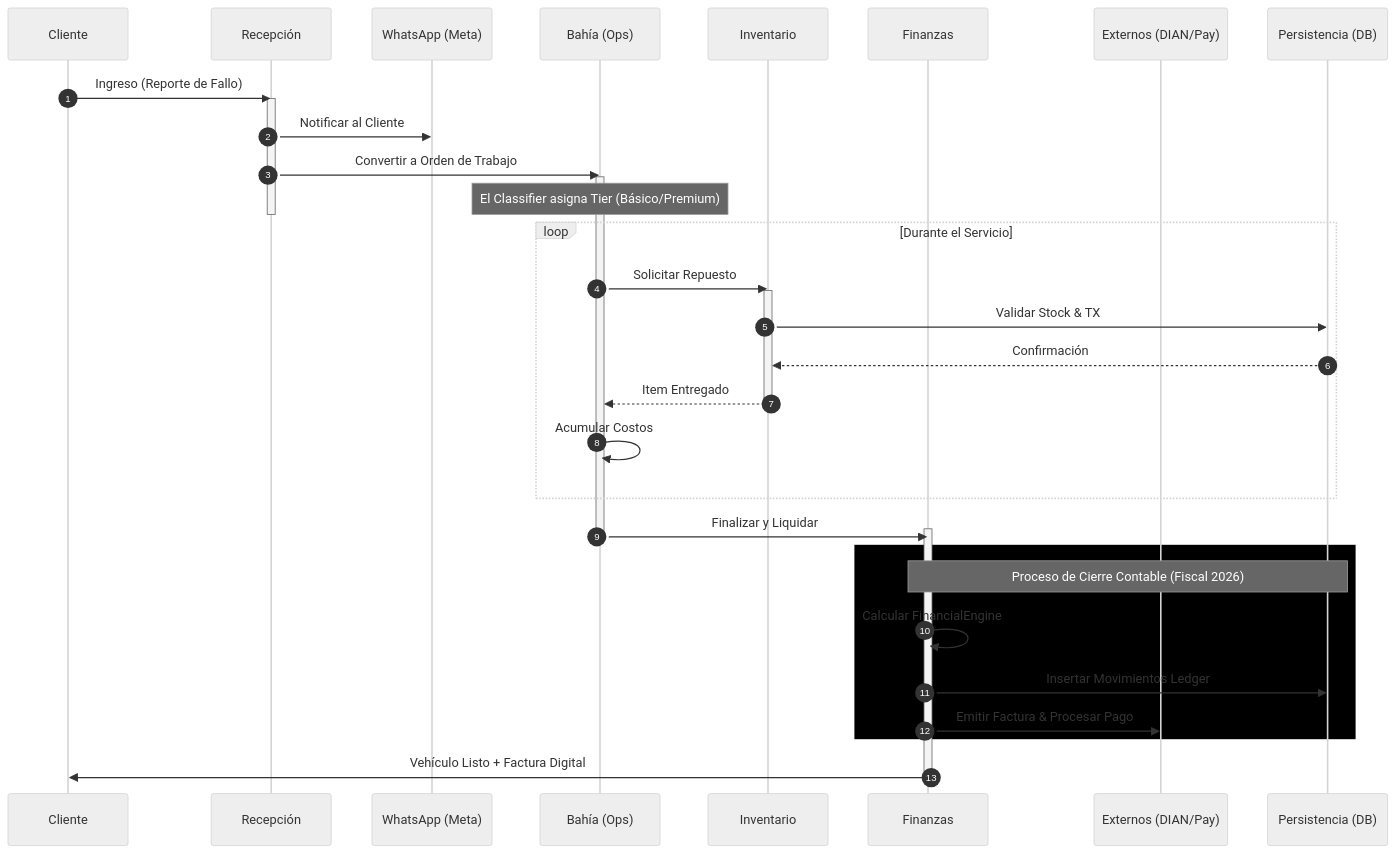
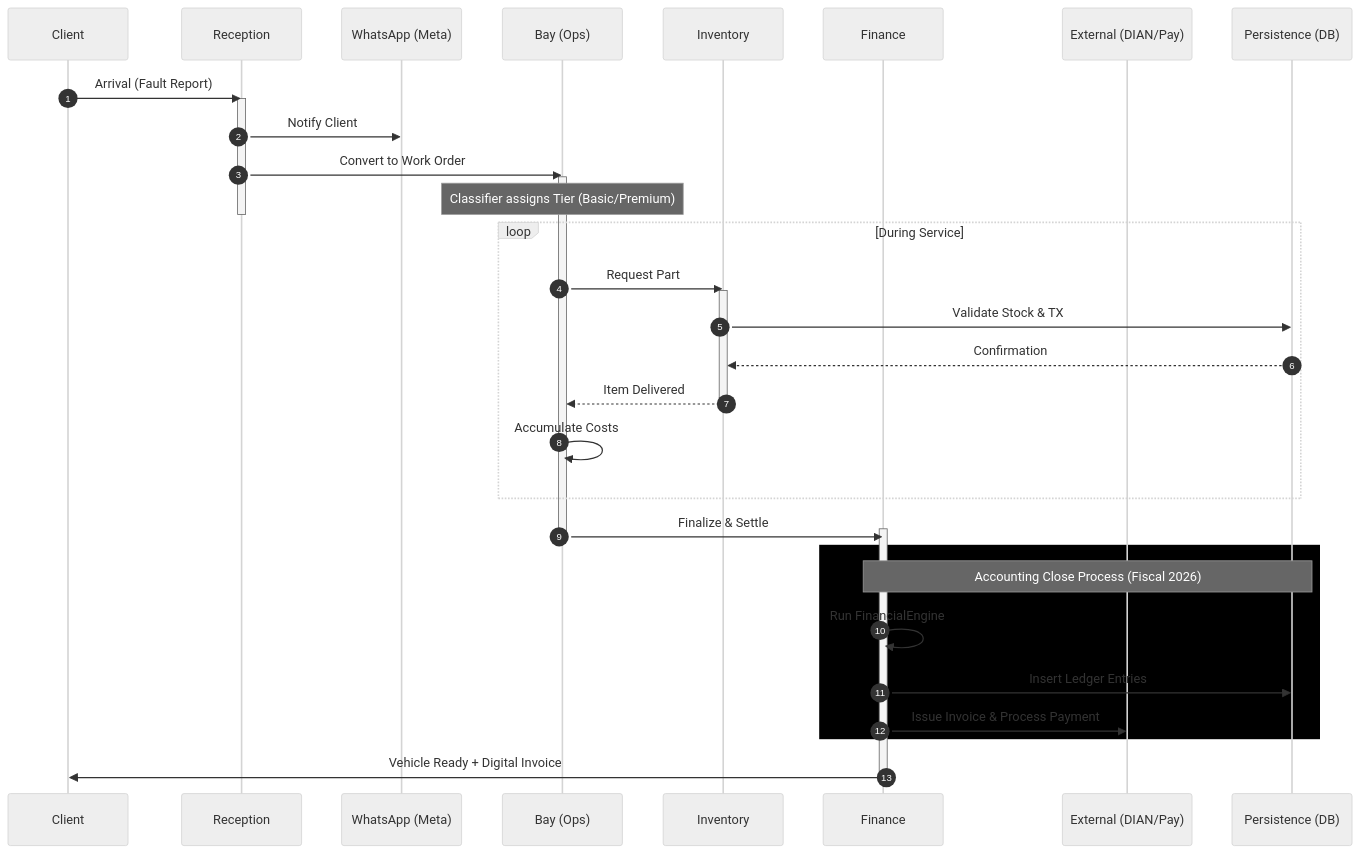
The second of 4 diagrams in README.md (brandonjimenez21/efiscoArchitecture), drawn with Mermaid (neutral theme) before and after one commit. The commit also changed other lines of this file, not shown here.

````diff
--- a/README.md
+++ b/README.md
@@ -80,44 +74,44 @@
 ```mermaid
 sequenceDiagram
     autonumber
-    participant C as Cliente
-    participant R as Recepción
+    participant C as Client
+    participant R as Reception
     participant WA as WhatsApp (Meta)
-    participant B as Bahía (Ops)
-    participant I as Inventario
-    participant F as Finanzas
-    participant EXT as Externos (DIAN/Pay)
-    participant DB as Persistencia (DB)
+    participant B as Bay (Ops)
+    participant I as Inventory
+    participant F as Finance
+    participant EXT as External (DIAN/Pay)
+    participant DB as Persistence (DB)
 
-    C->>R: Ingreso (Reporte de Fallo)
+    C->>R: Arrival (Fault Report)
     activate R
-    R->>WA: Notificar al Cliente
-    R->>B: Convertir a Orden de Trabajo
+    R->>WA: Notify Client
+    R->>B: Convert to Work Order
     activate B
-    Note over B: El Classifier asigna Tier (Básico/Premium)
+    Note over B: Classifier assigns Tier (Basic/Premium)
     deactivate R
-    
-    loop Durante el Servicio
-        B->>I: Solicitar Repuesto
+
+    loop During Service
+        B->>I: Request Part
         activate I
-        I->>DB: Validar Stock & TX
-        DB-->>I: Confirmación
-        I-->>B: Item Entregado
+        I->>DB: Validate Stock & TX
+        DB-->>I: Confirmation
+        I-->>B: Item Delivered
         deactivate I
-        B->>B: Acumular Costos
+        B->>B: Accumulate Costs
     end
-    
-    B->>F: Finalizar y Liquidar
+
+    B->>F: Finalize & Settle
     activate F
     deactivate B
-    
+
     rect rgb(0, 0, 0)
-        Note over F, DB: Proceso de Cierre Contable (Fiscal 2026)
-        F->>F: Calcular FinancialEngine
-        F->>DB: Insertar Movimientos Ledger
-        F->>EXT: Emitir Factura & Procesar Pago
+        Note over F, DB: Accounting Close Process (Fiscal 2026)
+        F->>F: Run FinancialEngine
+        F->>DB: Insert Ledger Entries
+        F->>EXT: Issue Invoice & Process Payment
     end
-    
-    F->>C: Vehículo Listo + Factura Digital
+
+    F->>C: Vehicle Ready + Digital Invoice
     deactivate F
 ```
````
